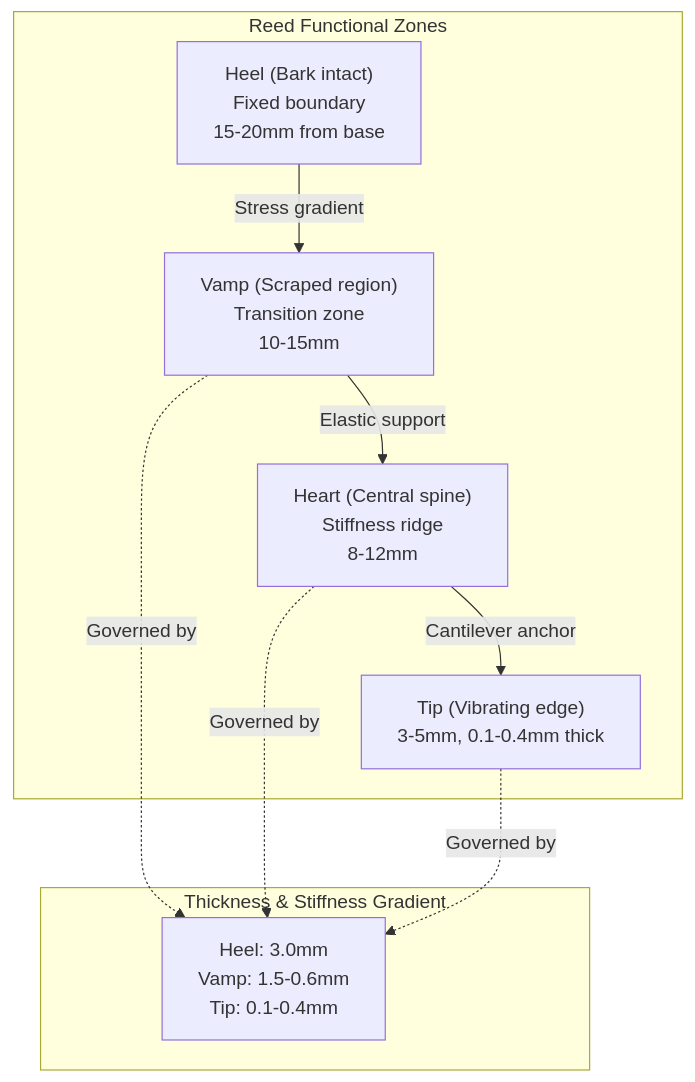
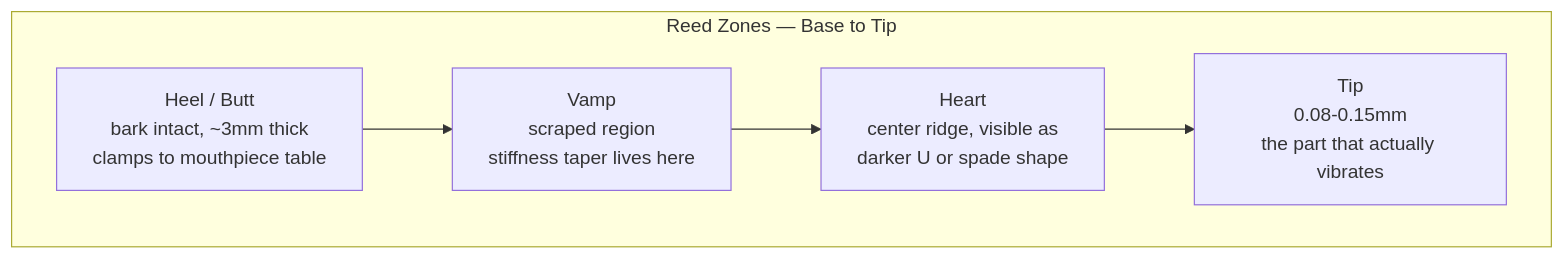
Before and after one commit to blebleblee/synapse: the first of 3 diagrams in topics/arts/music_performance/woodwinds/lesson_02_reed_care_and_maintenance.md, drawn with Mermaid. The commit also changed other lines of this file and 4 other files, not shown here.

````diff
--- a/topics/arts/music_performance/woodwinds/lesson_02_reed_care_and_maintenance.md
+++ b/topics/arts/music_performance/woodwinds/lesson_02_reed_care_and_maintenance.md
@@ -30,21 +13,11 @@
 ```mermaid
 graph TB
-    subgraph sub_reed_zones ["Reed Functional Zones"]
-        A["Heel (Bark intact)<br/>Fixed boundary<br/>15-20mm from base"]
-        B["Vamp (Scraped region)<br/>Transition zone<br/>10-15mm"]
-        C["Heart (Central spine)<br/>Stiffness ridge<br/>8-12mm"]
-        D["Tip (Vibrating edge)<br/>3-5mm, 0.1-0.4mm thick"]
+    subgraph sub_zones ["Reed Zones — Base to Tip"]
+        A["Heel / Butt<br/>bark intact, ~3mm thick<br/>clamps to mouthpiece table"]
+        B["Vamp<br/>scraped region<br/>stiffness taper lives here"]
+        C["Heart<br/>center ridge, visible as<br/>darker U or spade shape"]
+        D["Tip<br/>0.08-0.15mm<br/>the part that actually vibrates"]
     end
-    
-    A -->|"Stress gradient"| B
-    B -->|"Elastic support"| C
-    C -->|"Cantilever anchor"| D
-    
-    subgraph sub_material_gradient ["Thickness & Stiffness Gradient"]
-        E["Heel: 3.0mm<br/>Vamp: 1.5-0.6mm<br/>Tip: 0.1-0.4mm"]
-    end
-    
-    B -.->|"Governed by"| E
-    C -.->|"Governed by"| E
-    D -.->|"Governed by"| E
+
+    A --> B --> C --> D
 ```
````
